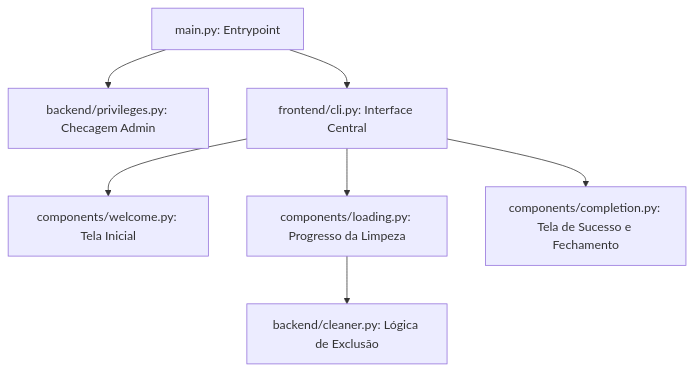
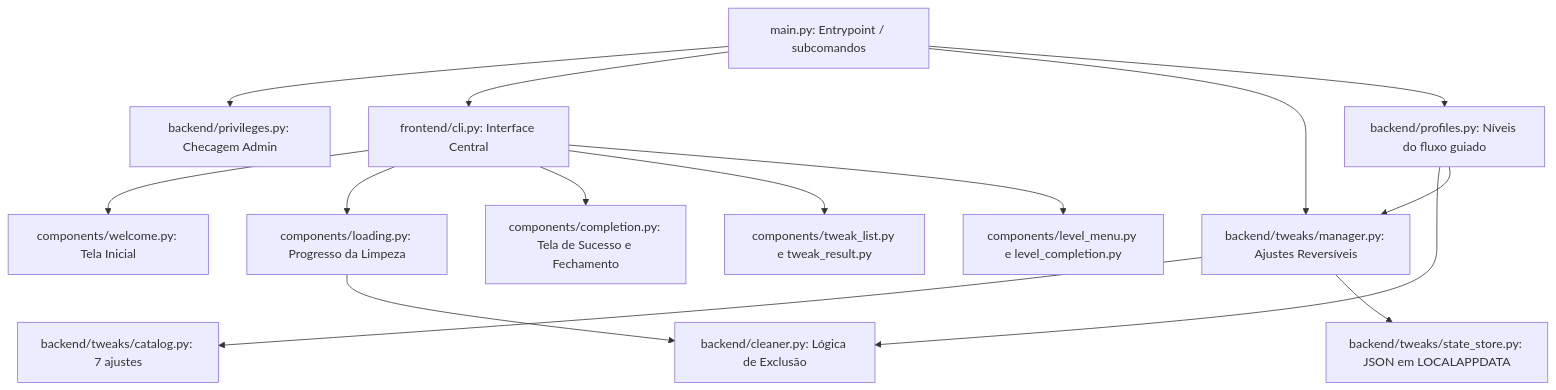
The first of 5 diagrams in docs/funcionamento.md (Grolla05/System_Boost), drawn with Mermaid before and after one commit. The commit also changed other lines of this file and 35 other files, not shown here.

First line of the commit message:
feat: ajustes reversíveis do Windows + fluxo guiado por menu

````diff
--- a/docs/funcionamento.md
+++ b/docs/funcionamento.md
@@ -11,9 +11,17 @@
 ```mermaid
 graph TD
-    A[main.py: Entrypoint] --> B[backend/privileges.py: Checagem Admin]
+    A[main.py: Entrypoint / subcomandos] --> B[backend/privileges.py: Checagem Admin]
     A --> C[frontend/cli.py: Interface Central]
+    A --> H[backend/tweaks/manager.py: Ajustes Reversíveis]
+    A --> L[backend/profiles.py: Níveis do fluxo guiado]
     C --> D[components/welcome.py: Tela Inicial]
     C --> E[components/loading.py: Progresso da Limpeza]
     C --> F[components/completion.py: Tela de Sucesso e Fechamento]
+    C --> I[components/tweak_list.py e tweak_result.py]
+    C --> M[components/level_menu.py e level_completion.py]
     E --> G[backend/cleaner.py: Lógica de Exclusão]
+    H --> J[backend/tweaks/catalog.py: 7 ajustes]
+    H --> K[backend/tweaks/state_store.py: JSON em LOCALAPPDATA]
+    L --> G
+    L --> H
 ```
````
